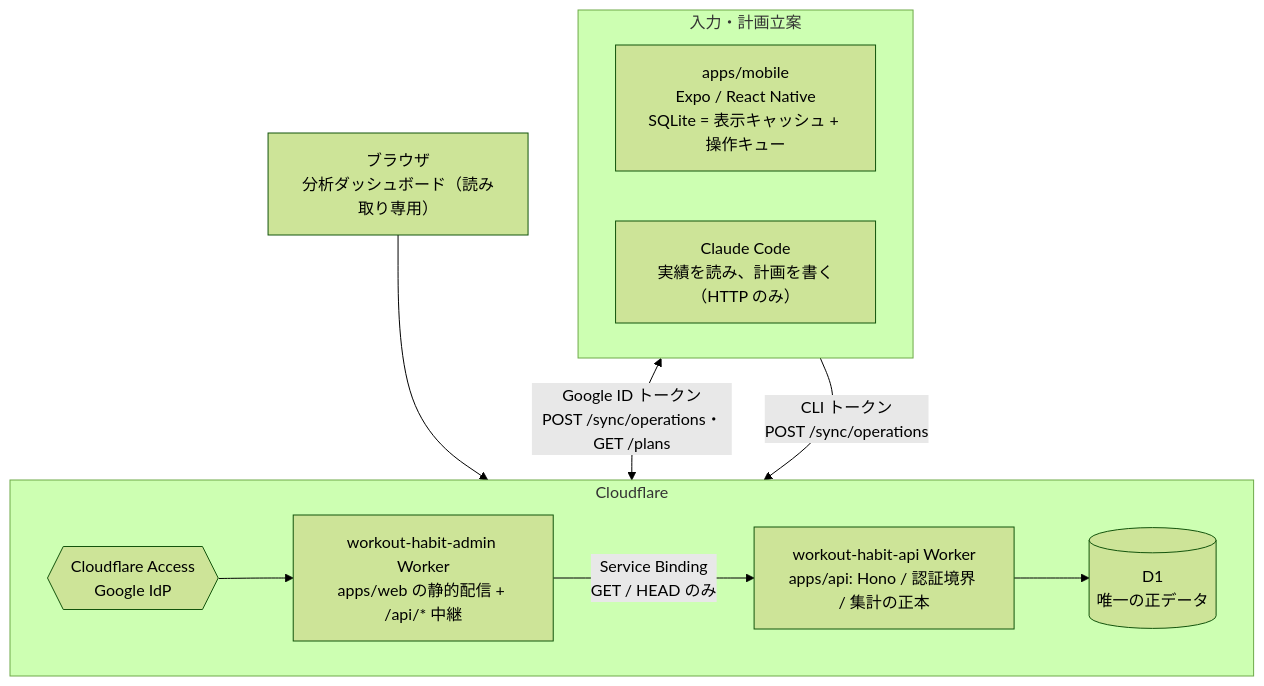
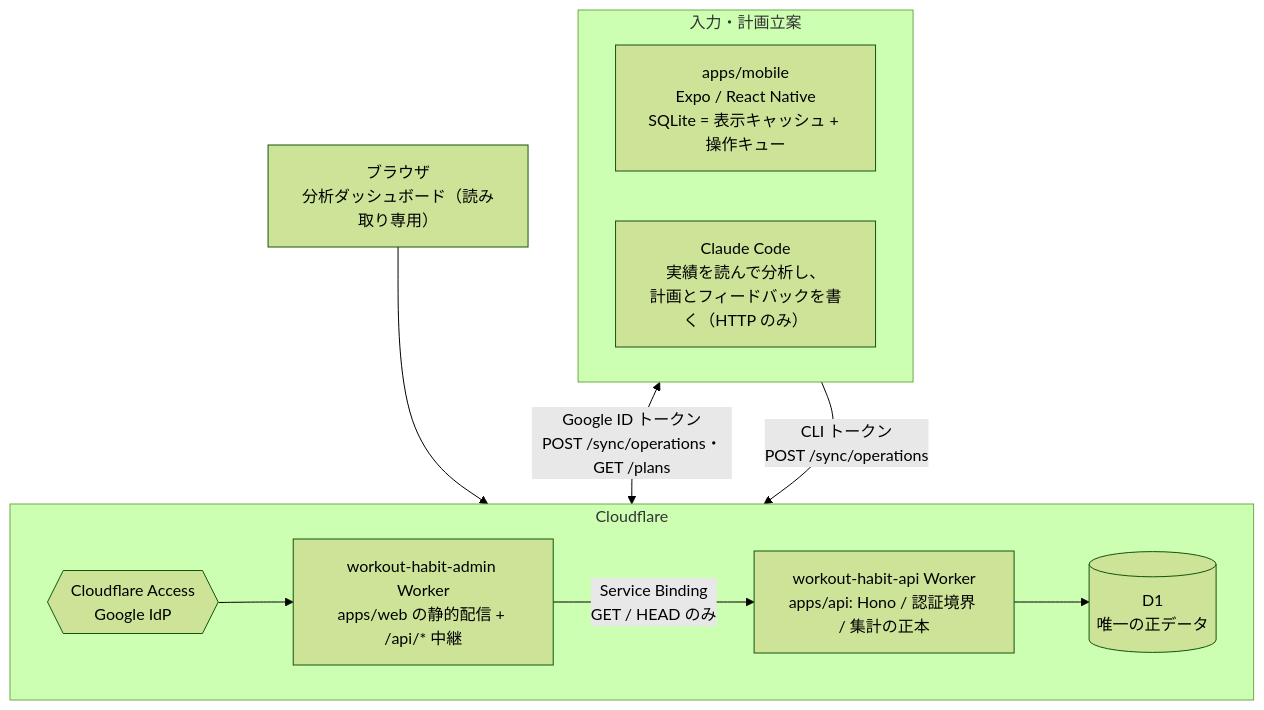
The diagram in README.md (shogo-tanaka-work/workout-habit-app), drawn with Mermaid (forest theme) before and after one commit. The commit also changed other lines of this file, not shown here.

````diff
--- a/README.md
+++ b/README.md
@@ -40,23 +40,23 @@
 ```mermaid
 flowchart TB
   subgraph clients["入力・計画立案"]
     direction LR
     M["apps/mobile<br/>Expo / React Native<br/>SQLite = 表示キャッシュ + 操作キュー"]
-    C["Claude Code<br/>実績を読み、計画を書く（HTTP のみ）"]
+    C["Claude Code<br/>実績を読んで分析し、<br/>計画とフィードバックを書く（HTTP のみ）"]
   end
 
   subgraph cf["Cloudflare"]
     direction LR
     ACCESS{{"Cloudflare Access<br/>Google IdP"}}
     ADMIN["workout-habit-admin Worker<br/>apps/web の静的配信 + /api/* 中継"]
     API["workout-habit-api Worker<br/>apps/api: Hono / 認証境界 / 集計の正本"]
     D1[("D1<br/>唯一の正データ")]
     ACCESS --> ADMIN
     ADMIN -- "Service Binding<br/>GET / HEAD のみ" --> API
     API --> D1
   end
 
   B["ブラウザ<br/>分析ダッシュボード（読み取り専用）"] --> ACCESS
   M <-- "Google ID トークン<br/>POST /sync/operations・GET /plans" --> API
   C -- "CLI トークン<br/>POST /sync/operations" --> API
 ```
````
